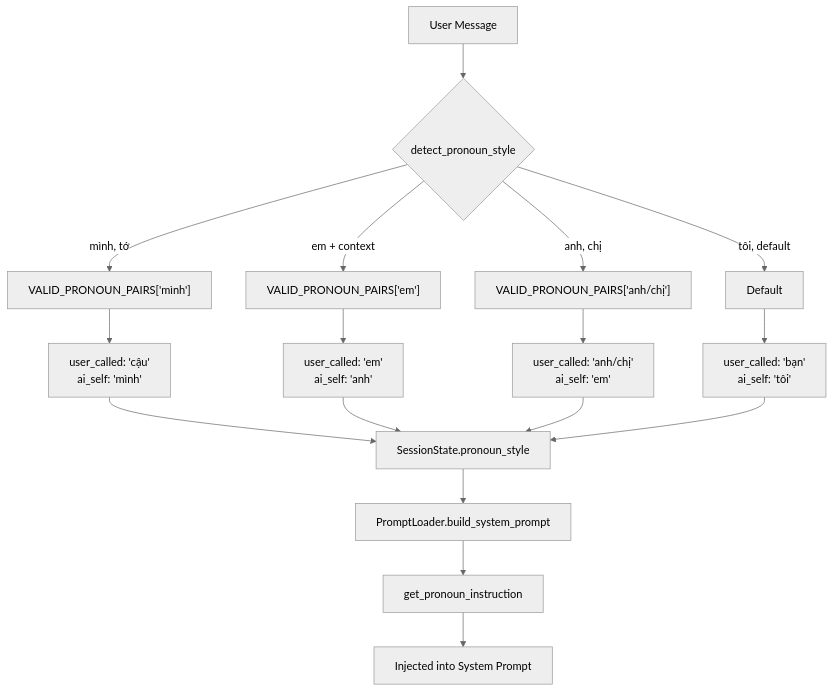
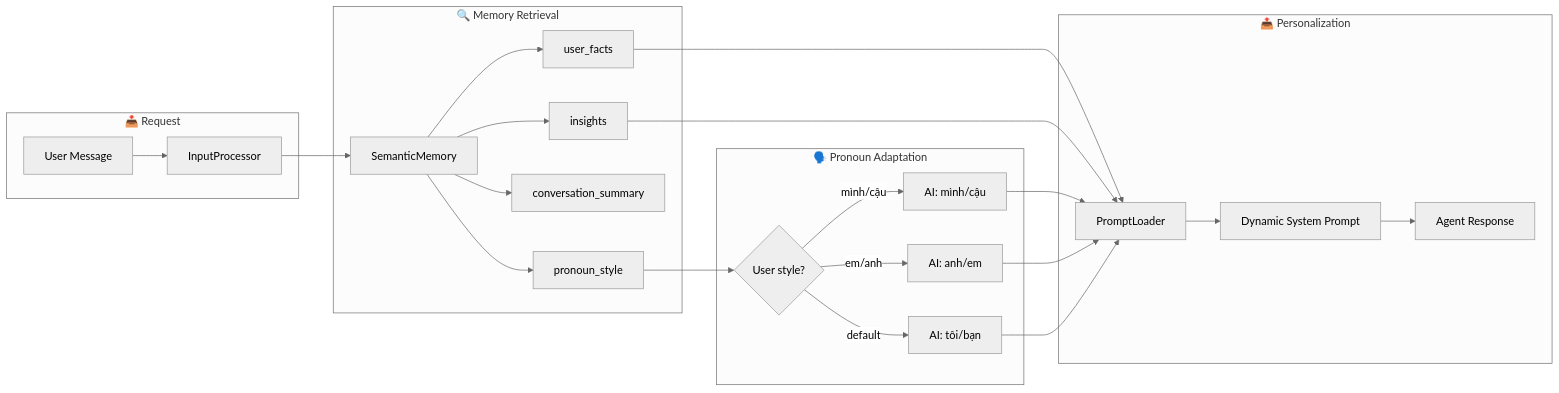
One commit to meiiie/LMS_AI changed the fifth of 6 diagrams in docs/architecture/SYSTEM_FLOW.md. Above: the diagram before and after it, drawn with Mermaid (neutral theme). The commit also changed other lines of this file and 14 other files, not shown here.

````diff
--- a/docs/architecture/SYSTEM_FLOW.md
+++ b/docs/architecture/SYSTEM_FLOW.md
@@ -139,25 +239,31 @@
 ```mermaid
-flowchart TD
-    A[User Message] --> B{detect_pronoun_style}
+flowchart LR
+    subgraph Input["📥 Request"]
+        A[User Message] --> B[InputProcessor]
+    end
     
-    B --> |"mình, tớ"| C["VALID_PRONOUN_PAIRS['mình']"]
-    C --> D["user_called: 'cậu'<br/>ai_self: 'mình'"]
+    subgraph Retrieval["🔍 Memory Retrieval"]
+        B --> C[SemanticMemory]
+        C --> D[user_facts]
+        C --> E[insights]
+        C --> F[conversation_summary]
+        C --> G[pronoun_style]
+    end
     
-    B --> |"em + context"| E["VALID_PRONOUN_PAIRS['em']"]
-    E --> F["user_called: 'em'<br/>ai_self: 'anh'"]
+    subgraph Pronoun["🗣️ Pronoun Adaptation"]
+        G --> H{User style?}
+        H --> |mình/cậu| I["AI: mình/cậu"]
+        H --> |em/anh| J["AI: anh/em"]
+        H --> |default| K["AI: tôi/bạn"]
+    end
     
-    B --> |"anh, chị"| G["VALID_PRONOUN_PAIRS['anh/chị']"]
-    G --> H["user_called: 'anh/chị'<br/>ai_self: 'em'"]
-    
-    B --> |"tôi, default"| I["Default"]
-    I --> J["user_called: 'bạn'<br/>ai_self: 'tôi'"]
-    
-    D --> K[SessionState.pronoun_style]
-    F --> K
-    H --> K
-    J --> K
-    
-    K --> L[PromptLoader.build_system_prompt]
-    L --> M[get_pronoun_instruction]
-    M --> N[Injected into System Prompt]
+    subgraph Output["📤 Personalization"]
+        D --> L[PromptLoader]
+        E --> L
+        I --> L
+        J --> L
+        K --> L
+        L --> M[Dynamic System Prompt]
+        M --> N[Agent Response]
+    end
 ```
````
